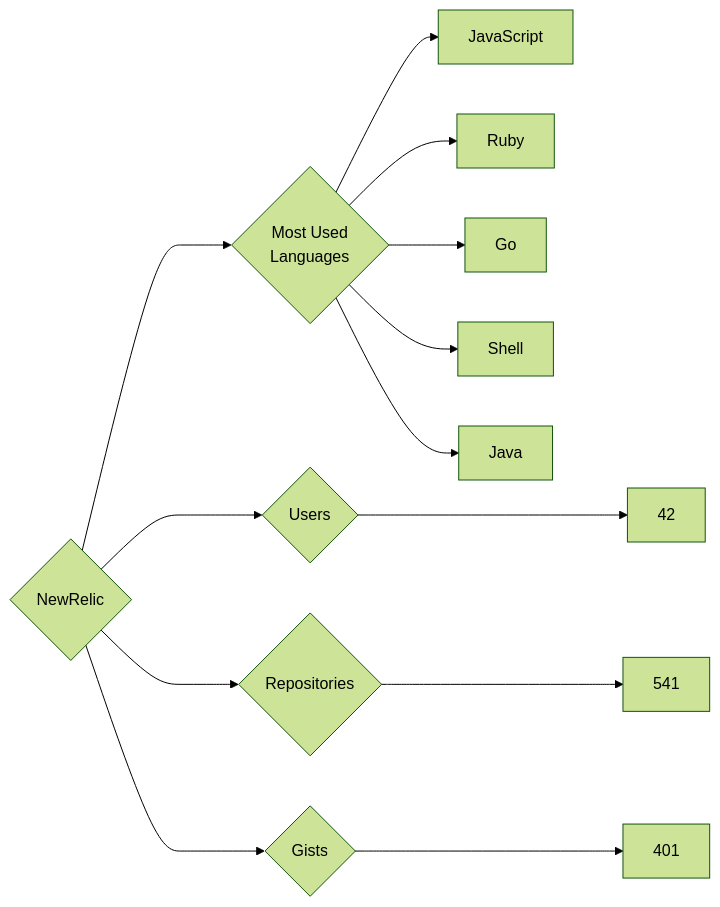
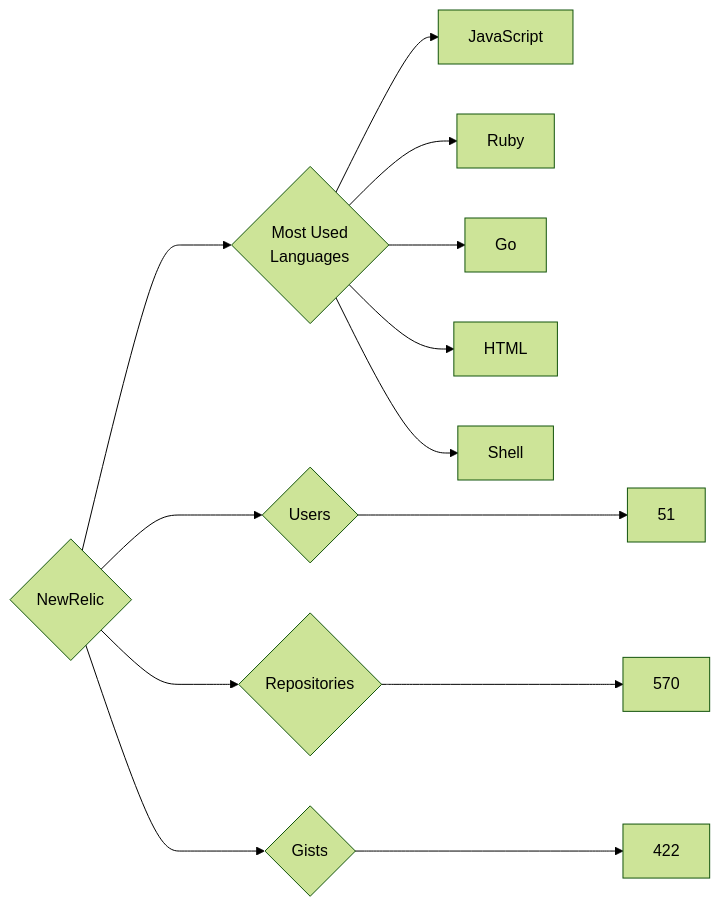
One commit to trickest/insiders changed the diagram in targets/NewRelic/README.md. Above: the diagram before and after it, drawn with Mermaid (forest theme). The commit also changed 1389 other files, not shown here.

````diff
--- a/targets/NewRelic/README.md
+++ b/targets/NewRelic/README.md
@@ -3,13 +3,13 @@
 ```mermaid
 graph LR
 COMPANY_NAME{NewRelic}
-COMPANY_NAME ---> U{Users} ---> UN[42]
-COMPANY_NAME ---> R{Repositories} ---> RN[541]
-COMPANY_NAME ---> G{Gists} ---> GN[401]
+COMPANY_NAME ---> U{Users} ---> UN[51]
+COMPANY_NAME ---> R{Repositories} ---> RN[570]
+COMPANY_NAME ---> G{Gists} ---> GN[422]
 COMPANY_NAME ---> ML{Most Used<br>Languages}
 ML --> JavaScript[JavaScript]
 ML --> Ruby[Ruby]
 ML --> Go[Go]
+ML --> HTML[HTML]
 ML --> Shell[Shell]
-ML --> Java[Java]
 ```
````
